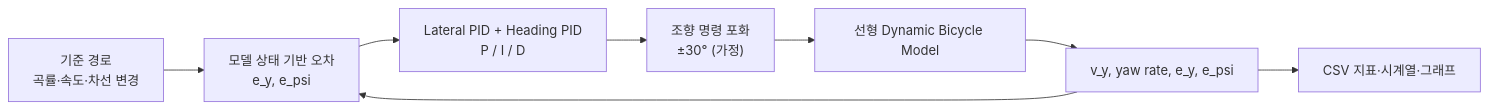
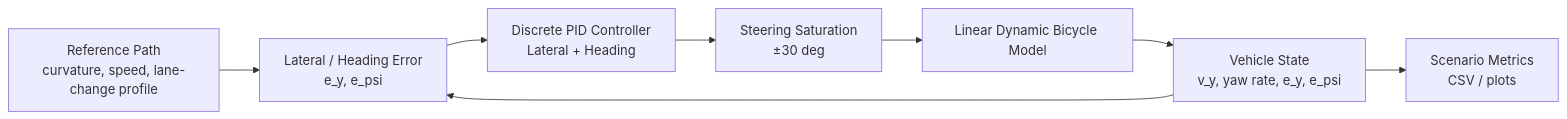
The diagram in lkas-control-mini-car/README.md (junkwon0825/Autonomous-Driving), drawn with Mermaid before and after one commit. The commit also changed other lines of this file and 6 other files, not shown here.

````diff
--- a/lkas-control-mini-car/README.md
+++ b/lkas-control-mini-car/README.md
@@ -19,10 +32,10 @@
 ```mermaid
 flowchart LR
-    REF["기준 경로<br/>곡률·속도·차선 변경"] --> ERR["모델 상태 기반 오차<br/>e_y, e_psi"]
-    ERR --> PID["Lateral PID + Heading PID<br/>P / I / D"]
-    PID --> SAT["조향 명령 포화<br/>±30° (가정)"]
-    SAT --> PLANT["선형 Dynamic Bicycle Model"]
-    PLANT --> STATE["v_y, yaw rate, e_y, e_psi"]
-    STATE --> ERR
-    STATE --> LOG["CSV 지표·시계열·그래프"]
+    REF["Reference Path<br/>curvature, speed, lane-change profile"] --> ERROR["Lateral / Heading Error<br/>e_y, e_psi"]
+    ERROR --> PID["Discrete PID Controller<br/>Lateral + Heading"]
+    PID --> SAT["Steering Saturation<br/>±30 deg"]
+    SAT --> VEHICLE["Linear Dynamic Bicycle Model"]
+    VEHICLE --> STATE["Vehicle State<br/>v_y, yaw rate, e_y, e_psi"]
+    STATE --> ERROR
+    STATE --> METRICS["Scenario Metrics<br/>CSV / plots"]
 ```
````
